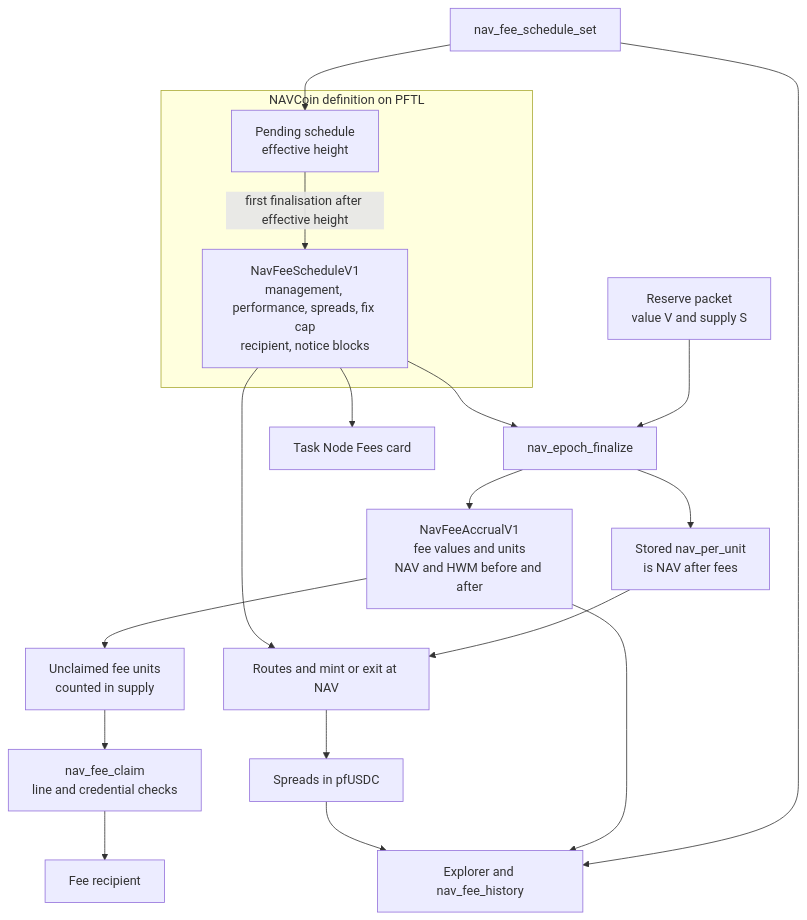
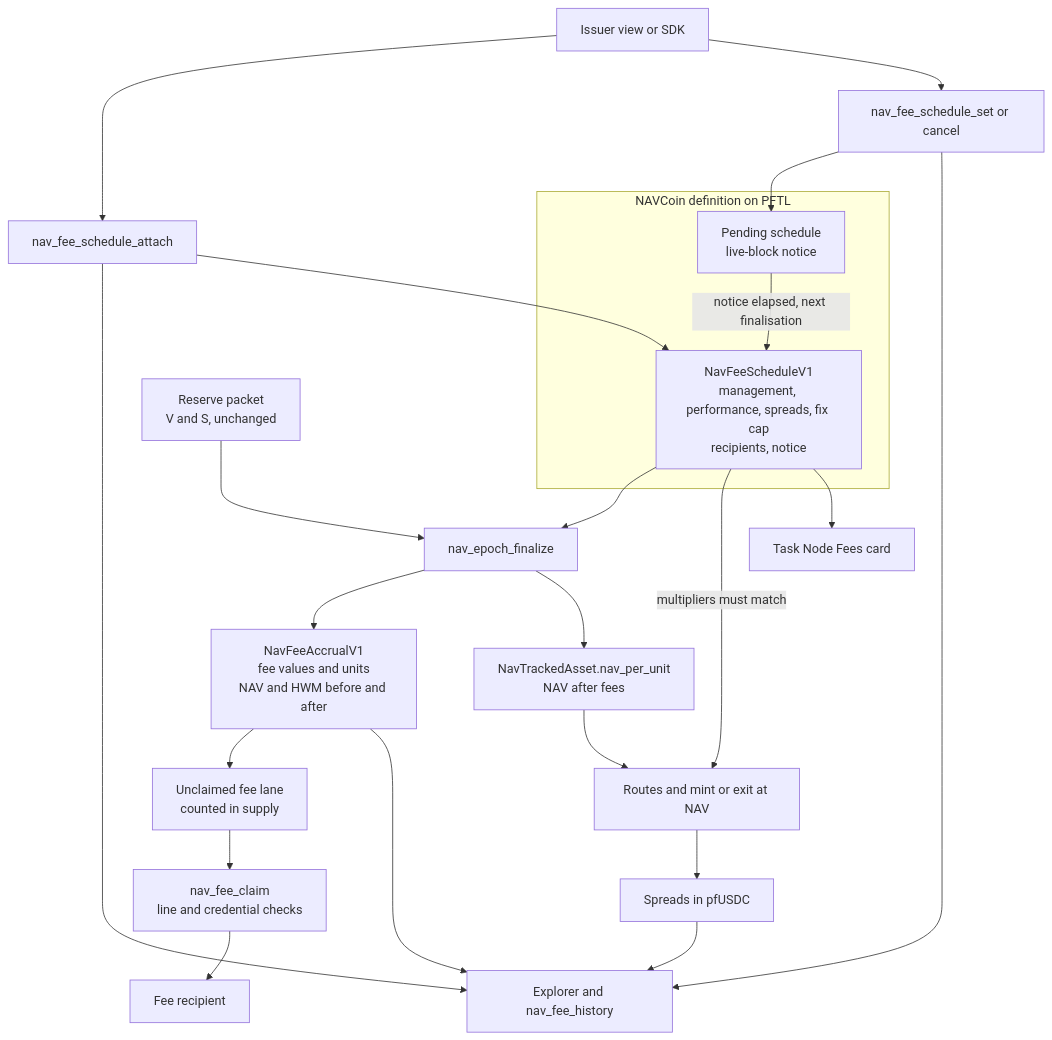
One commit to postfiatorg/postfiatl1v2 changed the diagram in big_milestone/pillars/07-navcoin-fees.md. Above: the diagram before and after it, drawn with Mermaid. The commit also changed other lines of this file and 22 other files, not shown here.

````diff
--- a/big_milestone/pillars/07-navcoin-fees.md
+++ b/big_milestone/pillars/07-navcoin-fees.md
@@ -65,23 +66,27 @@
 ```mermaid
 flowchart TB
     subgraph DEF["NAVCoin definition on PFTL"]
-      FS["NavFeeScheduleV1<br/>management, performance, spreads, fix cap<br/>recipient, notice blocks"]
-      PEND["Pending schedule<br/>effective height"]
+      FS["NavFeeScheduleV1<br/>management, performance, spreads, fix cap<br/>recipients, notice"]
+      PEND["Pending schedule<br/>live-block notice"]
     end
-    SET["nav_fee_schedule_set"] --> PEND
-    PEND -->|"first finalisation after effective height"| FS
-    RP["Reserve packet<br/>value V and supply S"] --> EF["nav_epoch_finalize"]
+    ISS["Issuer view or SDK"] --> ATT["nav_fee_schedule_attach"]
+    ISS --> SET["nav_fee_schedule_set or cancel"]
+    ATT --> FS
+    SET --> PEND
+    PEND -->|"notice elapsed, next finalisation"| FS
+    RP["Reserve packet<br/>V and S, unchanged"] --> EF["nav_epoch_finalize"]
     FS --> EF
     EF --> ACC["NavFeeAccrualV1<br/>fee values and units<br/>NAV and HWM before and after"]
-    ACC --> ESC["Unclaimed fee units<br/>counted in supply"]
-    ESC --> CLAIM["nav_fee_claim<br/>line and credential checks"]
+    ACC --> LANE["Unclaimed fee lane<br/>counted in supply"]
+    LANE --> CLAIM["nav_fee_claim<br/>line and credential checks"]
     CLAIM --> REC["Fee recipient"]
-    EF --> NAV["Stored nav_per_unit<br/>is NAV after fees"]
+    EF --> NAV["NavTrackedAsset.nav_per_unit<br/>NAV after fees"]
     NAV --> RT["Routes and mint or exit at NAV"]
-    FS --> RT
+    FS -->|"multipliers must match"| RT
     RT --> SPR["Spreads in pfUSDC"]
-    SET --> EX["Explorer and nav_fee_history"]
+    ATT --> EX["Explorer and nav_fee_history"]
+    SET --> EX
     ACC --> EX
     SPR --> EX
     FS --> TN["Task Node Fees card"]
 ```
````
